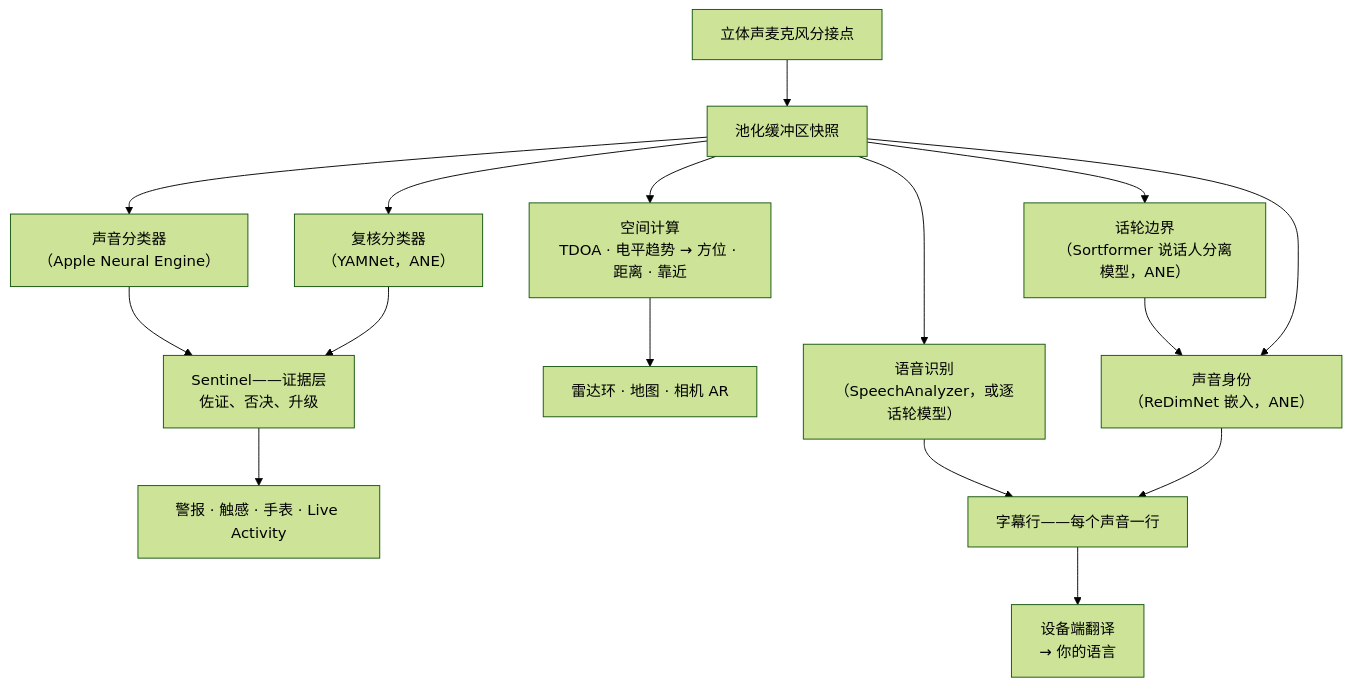
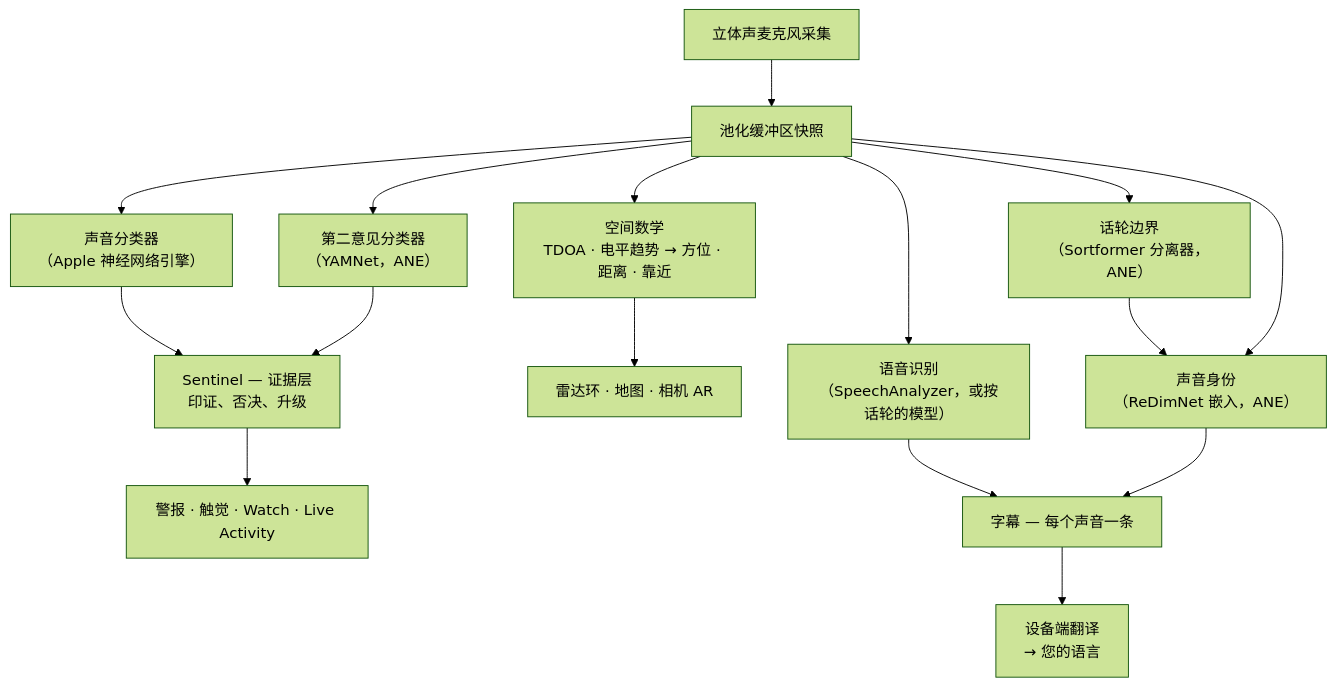
The second of 4 diagrams in README_zh-Hans.md (rpalm01-star/VigilantEarLegal), drawn with Mermaid (forest theme) before and after one commit. The commit also changed other lines of this file and 14 other files, not shown here.

````diff
--- a/README_zh-Hans.md
+++ b/README_zh-Hans.md
@@ -145,18 +180,18 @@
 ```mermaid
 graph TD
-    A["立体声麦克风分接点"] --> B["池化缓冲区快照"]
-    B --> C["声音分类器<br/>（Apple Neural Engine）"]
-    B --> Y["复核分类器<br/>（YAMNet，ANE）"]
-    C --> S["Sentinel——证据层<br/>佐证、否决、升级"]
+    A["立体声麦克风采集"] --> B["池化缓冲区快照"]
+    B --> C["声音分类器<br/>（Apple 神经网络引擎）"]
+    B --> Y["第二意见分类器<br/>（YAMNet，ANE）"]
+    C --> S["Sentinel — 证据层<br/>印证、否决、升级"]
     Y --> S
-    S --> H["警报 · 触感 · 手表 · Live Activity"]
-    B --> D["空间计算<br/>TDOA · 电平趋势 → 方位 · 距离 · 靠近"]
+    S --> H["警报 · 触觉 · Watch · Live Activity"]
+    B --> D["空间数学<br/>TDOA · 电平趋势 → 方位 · 距离 · 靠近"]
     D --> R["雷达环 · 地图 · 相机 AR"]
-    B --> F["语音识别<br/>（SpeechAnalyzer，或逐话轮模型）"]
-    B --> N["话轮边界<br/>（Sortformer 说话人分离模型，ANE）"]
+    B --> F["语音识别<br/>（SpeechAnalyzer，或按话轮的模型）"]
+    B --> N["话轮边界<br/>（Sortformer 分离器，ANE）"]
     N --> E["声音身份<br/>（ReDimNet 嵌入，ANE）"]
     B --> E
-    F --> G["字幕行——每个声音一行"]
+    F --> G["字幕 — 每个声音一条"]
     E --> G
-    G --> T["设备端翻译<br/>→ 你的语言"]
+    G --> T["设备端翻译<br/>→ 您的语言"]
 ```
````
